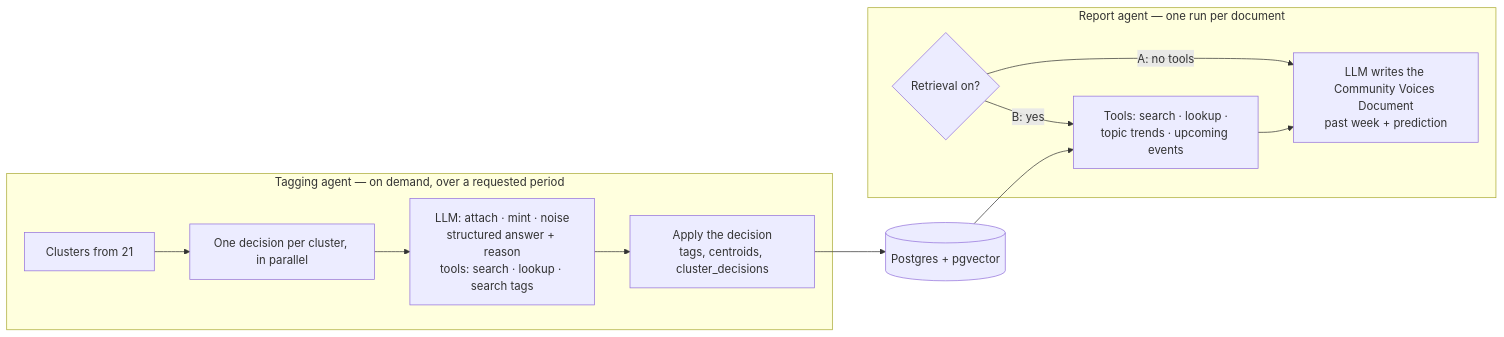
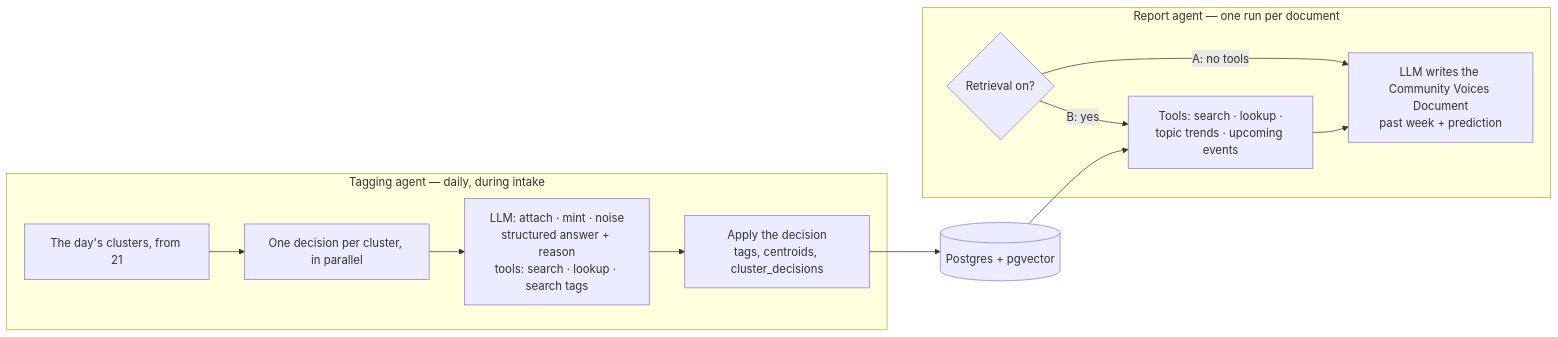
One commit to brianaderer/transcendent changed the diagram in docs/atlas/60-agents.md. Above: the diagram before and after it, drawn with Mermaid. The commit also changed other lines of this file and 8 other files, not shown here.

Commit message:
Atlas: daily tagging with 3-day lookahead, no chunking, reactions; 70 comparison; 31 screens design brief

````diff
--- a/docs/atlas/60-agents.md
+++ b/docs/atlas/60-agents.md
@@ -11,19 +11,19 @@
 ```mermaid
 flowchart LR
-    subgraph TAG["Tagging agent — on demand, over a requested period"]
-        C["Clusters from 21"]
+    subgraph TAG["Tagging agent — daily, during intake"]
+        C["The day's clusters, from 21"]
         FAN["One decision per cluster, in parallel"]
         DEC["LLM: attach · mint · noise<br/>structured answer + reason<br/>tools: search · lookup · search tags"]
         APPLY["Apply the decision<br/>tags, centroids, cluster_decisions"]
         C --> FAN --> DEC --> APPLY
     end
     subgraph REP["Report agent — one run per document"]
         SW{"Retrieval on?"}
         TOOLS["Tools: search · lookup ·<br/>topic trends · upcoming events"]
         WRITE["LLM writes the Community Voices Document<br/>past week + prediction"]
         SW -->|"B: yes"| TOOLS --> WRITE
         SW -->|"A: no tools"| WRITE
     end
     APPLY --> STORE[("Postgres + pgvector")]
     STORE --> TOOLS
 ```
````
